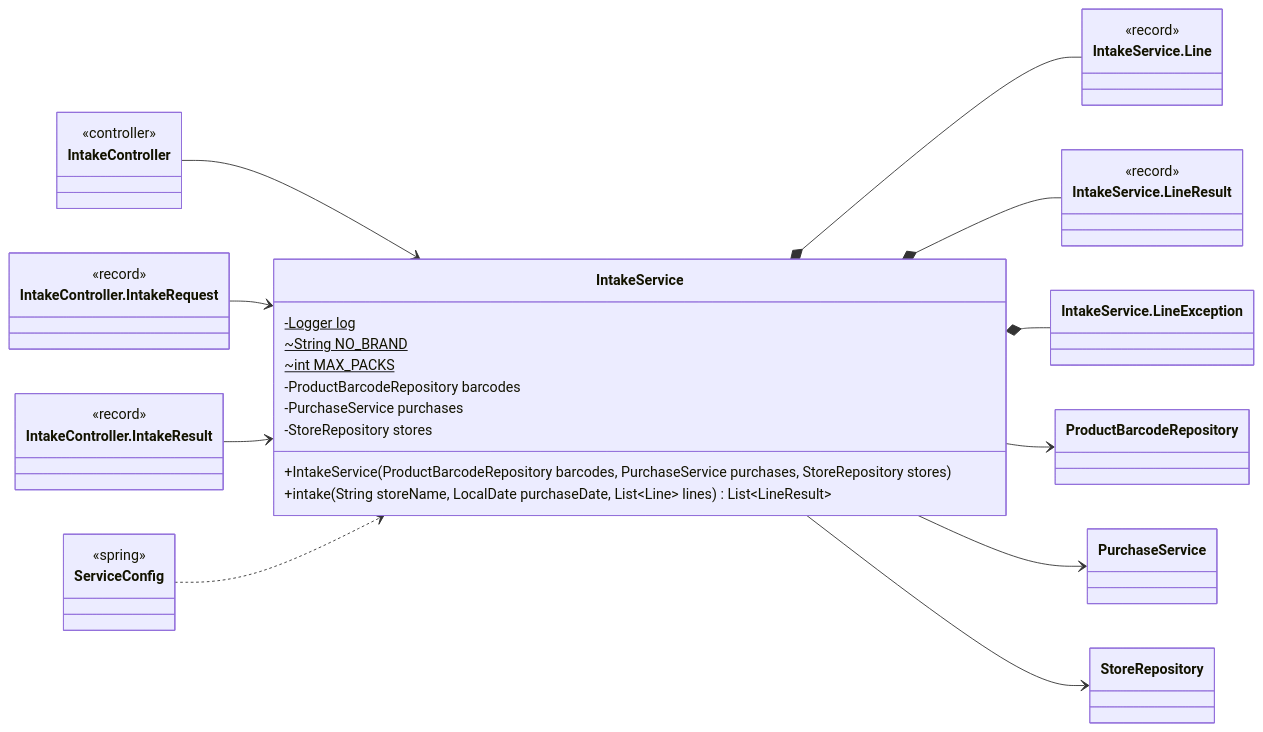
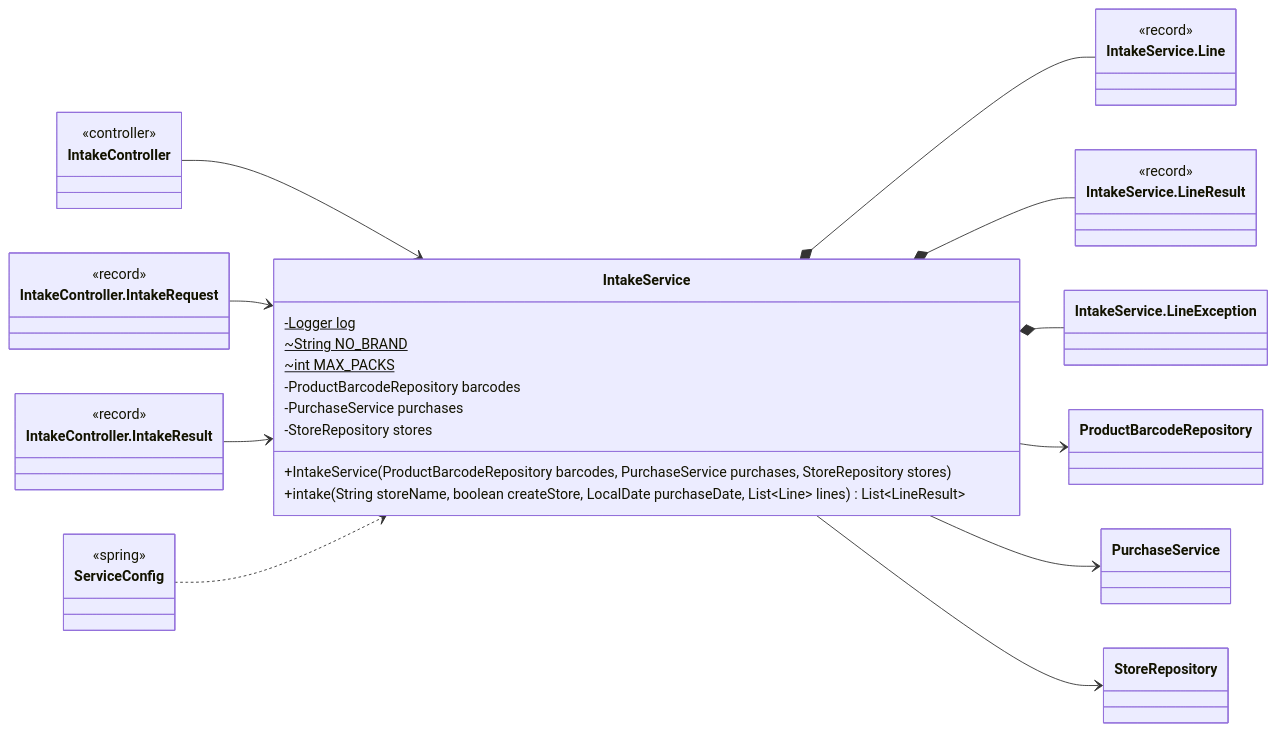
One commit to Nate-ryan-7690/dahaem changed the eighth of 17 diagrams in docs/classes/barcode.md. Above: the diagram before and after it, drawn with Mermaid. The commit also changed other lines of this file and 6 other files, not shown here.

````diff
--- a/docs/classes/barcode.md
+++ b/docs/classes/barcode.md
@@ -327,46 +329,46 @@
 ```mermaid
 classDiagram
     direction LR
     class barcode_IntakeService["IntakeService"] {
         -Logger log$
         ~String NO_BRAND$
         ~int MAX_PACKS$
         -ProductBarcodeRepository barcodes
         -PurchaseService purchases
         -StoreRepository stores
         +IntakeService(ProductBarcodeRepository barcodes, PurchaseService purchases, StoreRepository stores)
-        +intake(String storeName, LocalDate purchaseDate, List~Line~ lines) List~LineResult~
+        +intake(String storeName, boolean createStore, LocalDate purchaseDate, List~Line~ lines) List~LineResult~
     }
     class barcode_IntakeService_Line["IntakeService.Line"] {
         <<record>>
     }
     class barcode_IntakeService_LineResult["IntakeService.LineResult"] {
         <<record>>
     }
     class barcode_IntakeService_LineException["IntakeService.LineException"]
     class barcode_ProductBarcodeRepository["ProductBarcodeRepository"]
     class finance_PurchaseService["PurchaseService"]
     class stores_StoreRepository["StoreRepository"]
     class api_IntakeController["IntakeController"] {
         <<controller>>
     }
     class api_IntakeController_IntakeRequest["IntakeController.IntakeRequest"] {
         <<record>>
     }
     class api_IntakeController_IntakeResult["IntakeController.IntakeResult"] {
         <<record>>
     }
     class api_ServiceConfig["ServiceConfig"] {
         <<spring>>
     }
     barcode_IntakeService *-- barcode_IntakeService_Line
     barcode_IntakeService *-- barcode_IntakeService_LineResult
     barcode_IntakeService *-- barcode_IntakeService_LineException
     barcode_IntakeService --> barcode_ProductBarcodeRepository
     barcode_IntakeService --> finance_PurchaseService
     barcode_IntakeService --> stores_StoreRepository
     api_IntakeController --> barcode_IntakeService
     api_IntakeController_IntakeRequest --> barcode_IntakeService
     api_IntakeController_IntakeResult --> barcode_IntakeService
     api_ServiceConfig ..> barcode_IntakeService
 ```
````
